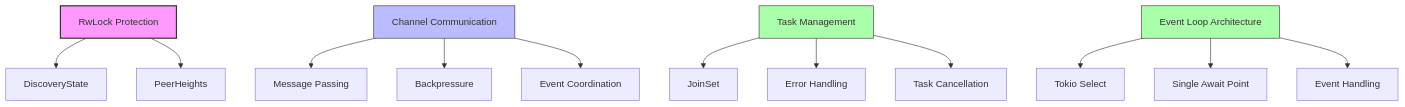
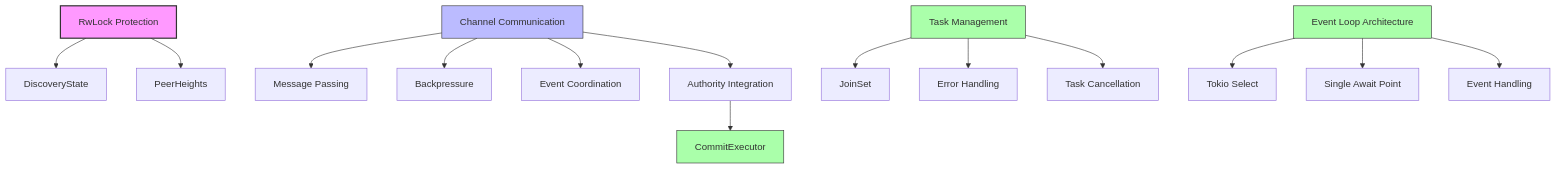
The diagram in memory-bank/modules/p2p/thread_safety.md (soma-org/soma), drawn with Mermaid before and after one commit. The commit also changed other lines of this file and 22 other files, not shown here.

````diff
--- a/memory-bank/modules/p2p/thread_safety.md
+++ b/memory-bank/modules/p2p/thread_safety.md
@@ -10,26 +10,30 @@
 ```mermaid
 flowchart TD
     classDef protection fill:#f9f,stroke:#333,stroke-width:2px
     classDef comm fill:#bbf,stroke:#333,stroke-width:1px
     classDef tasks fill:#afa,stroke:#333,stroke-width:1px
+    classDef external fill:#afa,stroke:#333,stroke-width:1px
     
     RwLock[RwLock Protection]:::protection
     Channels[Channel Communication]:::comm
     TaskMgmt[Task Management]:::tasks
     EventLoop[Event Loop Architecture]:::tasks
     
     RwLock --> DiscoveryState[DiscoveryState]
     RwLock --> PeerHeights[PeerHeights]
     
     Channels --> MessagePassing[Message Passing]
     Channels --> Backpressure[Backpressure]
     Channels --> EventCoord[Event Coordination]
+    Channels --> AuthorityIntegration[Authority Integration]
+    
+    AuthorityIntegration --> CommitExecutor[CommitExecutor]:::external
     
     TaskMgmt --> JoinSet[JoinSet]
     TaskMgmt --> ErrorHandling[Error Handling]
     TaskMgmt --> TaskCancellation[Task Cancellation]
     
     EventLoop --> SelectMacro[Tokio Select]
     EventLoop --> SingleAwaitPoint[Single Await Point]
     EventLoop --> EventHandling[Event Handling]
 ```
````
